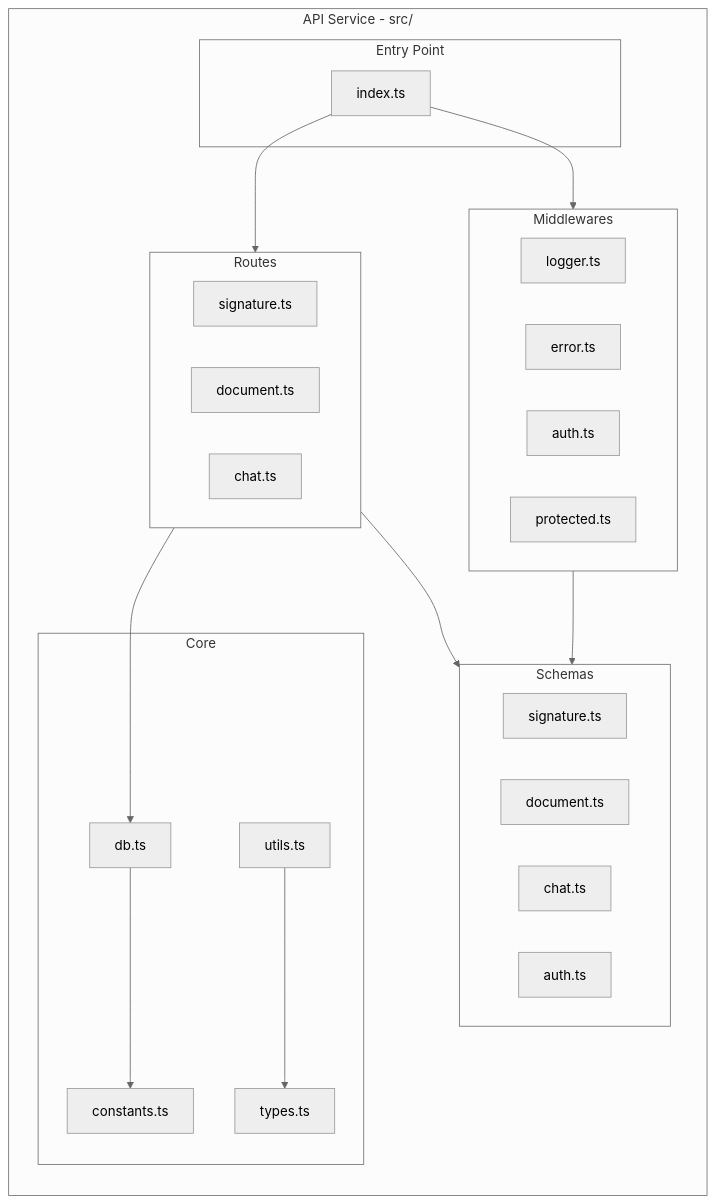
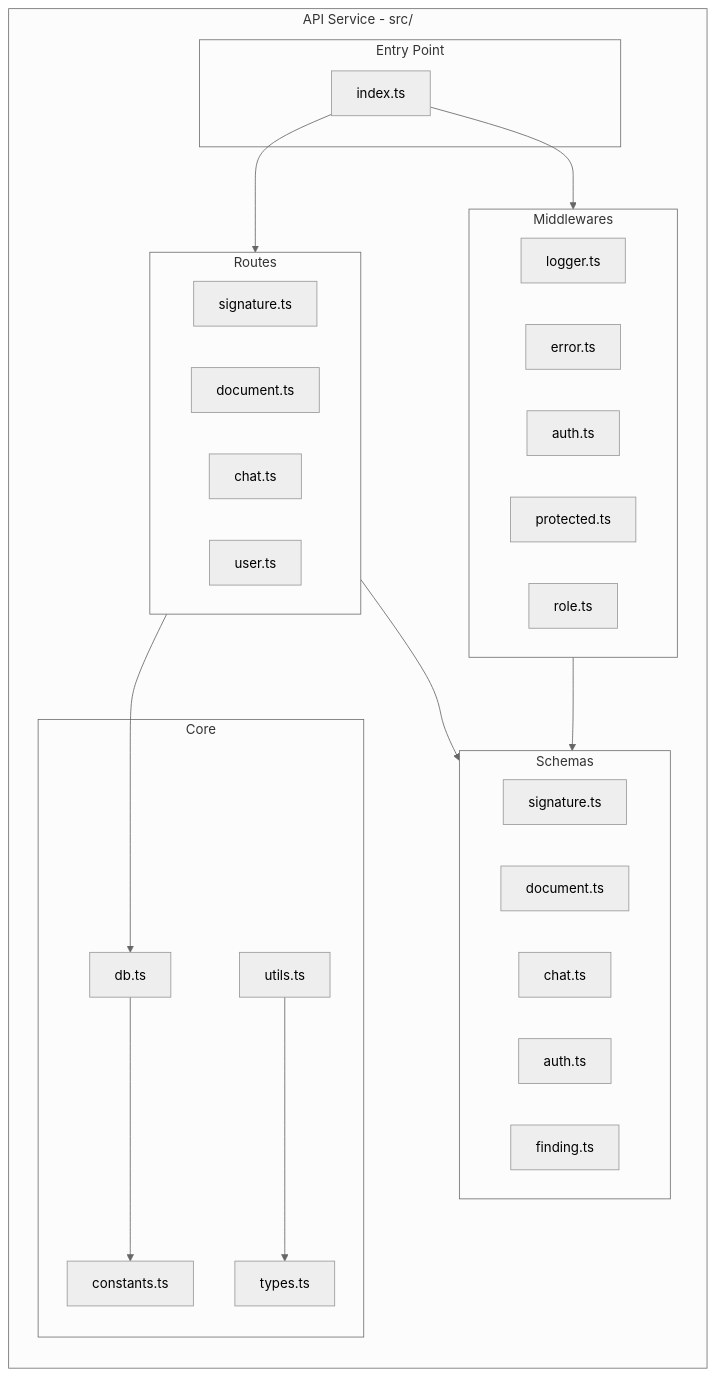
Before and after one commit to decimozs/medcurial-ai: the first of 18 diagrams in docs/architecture-detailed.md, drawn with Mermaid (neutral theme). The commit also changed other lines of this file and 1 other file, not shown here.

First line of the commit message:
docs(architecture): update architecture docs with signature verification flow

````diff
--- a/docs/architecture-detailed.md
+++ b/docs/architecture-detailed.md
@@ -22,45 +22,48 @@
 ```mermaid
 flowchart TB
     subgraph API_Service["API Service - src/"]
         direction TB
         
         subgraph Entry["Entry Point"]
             Index[index.ts]
         end
 
         subgraph Middlewares["Middlewares"]
             Logger[logger.ts]
             Error[error.ts]
             Auth[auth.ts]
             Protected[protected.ts]
+            Role[role.ts]
         end
 
         subgraph Routes["Routes"]
             Sig_Route[signature.ts]
             Doc_Route[document.ts]
             Chat_Route[chat.ts]
+            User_Route[user.ts]
         end
 
         subgraph Schemas["Schemas"]
             Sig_Schema[signature.ts]
             Doc_Schema[document.ts]
             Chat_Schema[chat.ts]
             Auth_Schema[auth.ts]
+            Finding_Schema[finding.ts]
         end
 
         subgraph Core["Core"]
             DB[db.ts]
             Utils[utils.ts]
             Constants[constants.ts]
             Types[types.ts]
         end
     end
 
     Index --> Middlewares
     Index --> Routes
     Middlewares --> Schemas
     Routes --> DB
     Routes --> Schemas
     DB --> Constants
     Utils --> Types
 ```
````
